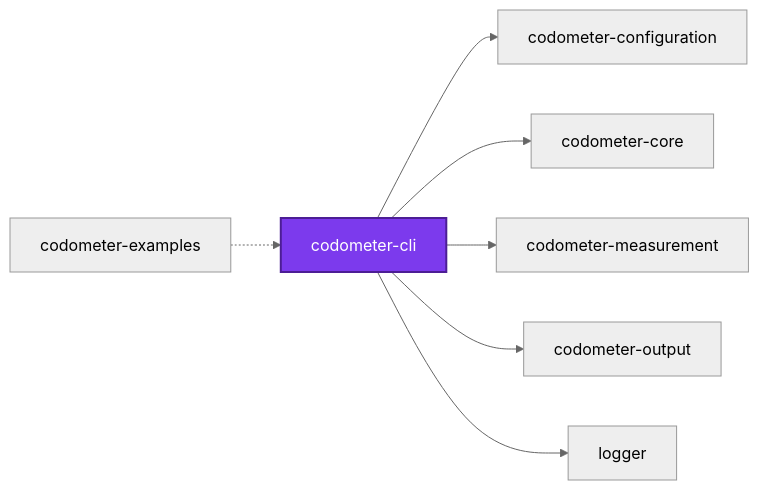
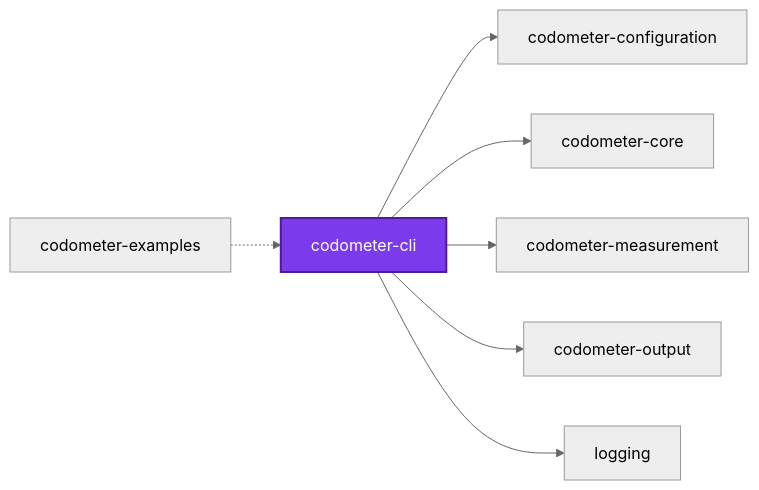
Before and after one commit to Organizzolini/codebase: the first of 3 diagrams in packages/ic-suite/codometer/codometer-cli/README.md, drawn with Mermaid (neutral theme). The commit also changed other lines of this file and 555 other files, not shown here.

````diff
--- a/packages/ic-suite/codometer/codometer-cli/README.md
+++ b/packages/ic-suite/codometer/codometer-cli/README.md
@@ -876,18 +876,18 @@
 ```mermaid
 graph LR
   codometer_cli["codometer-cli"]
   codometer_configuration["codometer-configuration"]
   codometer_core["codometer-core"]
   codometer_examples["codometer-examples"]
   codometer_measurement["codometer-measurement"]
   codometer_output["codometer-output"]
-  logger["logger"]
+  logging["logging"]
   codometer_cli --> codometer_configuration
   codometer_cli --> codometer_core
   codometer_cli --> codometer_measurement
   codometer_cli --> codometer_output
-  codometer_cli --> logger
+  codometer_cli --> logging
   codometer_examples -.-> codometer_cli
   classDef subject fill:#7c3aed,color:#fff,stroke:#4c1d95,stroke-width:2px
   class codometer_cli subject
 ```
````
